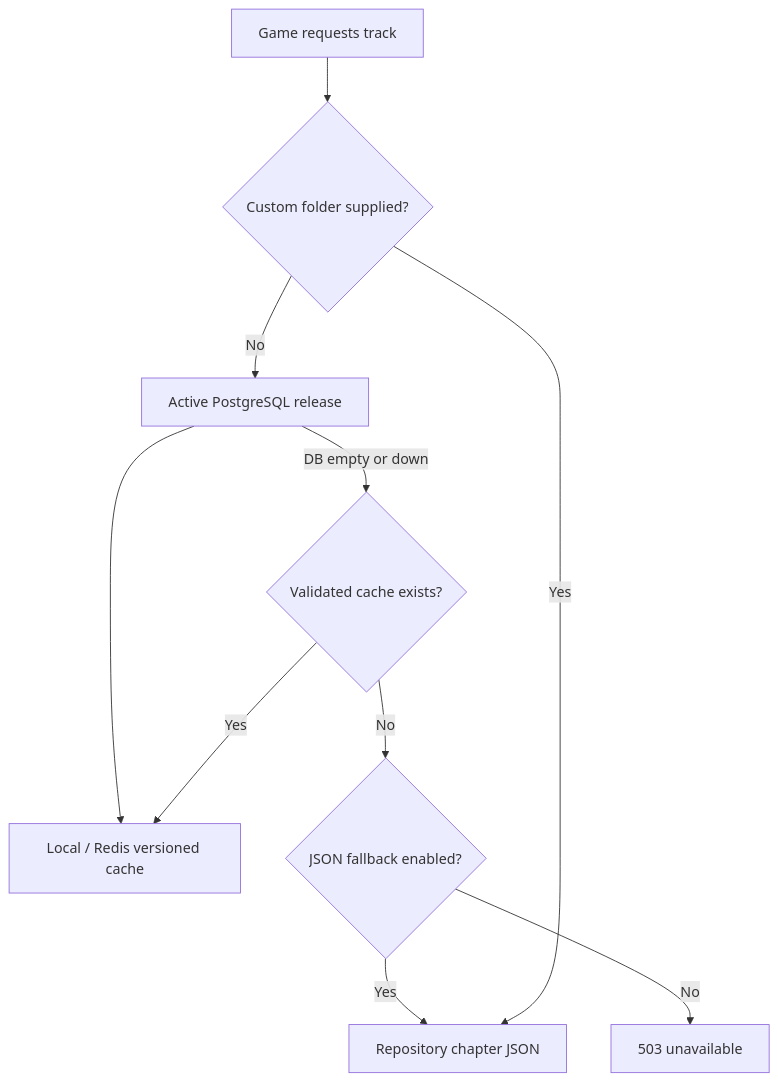
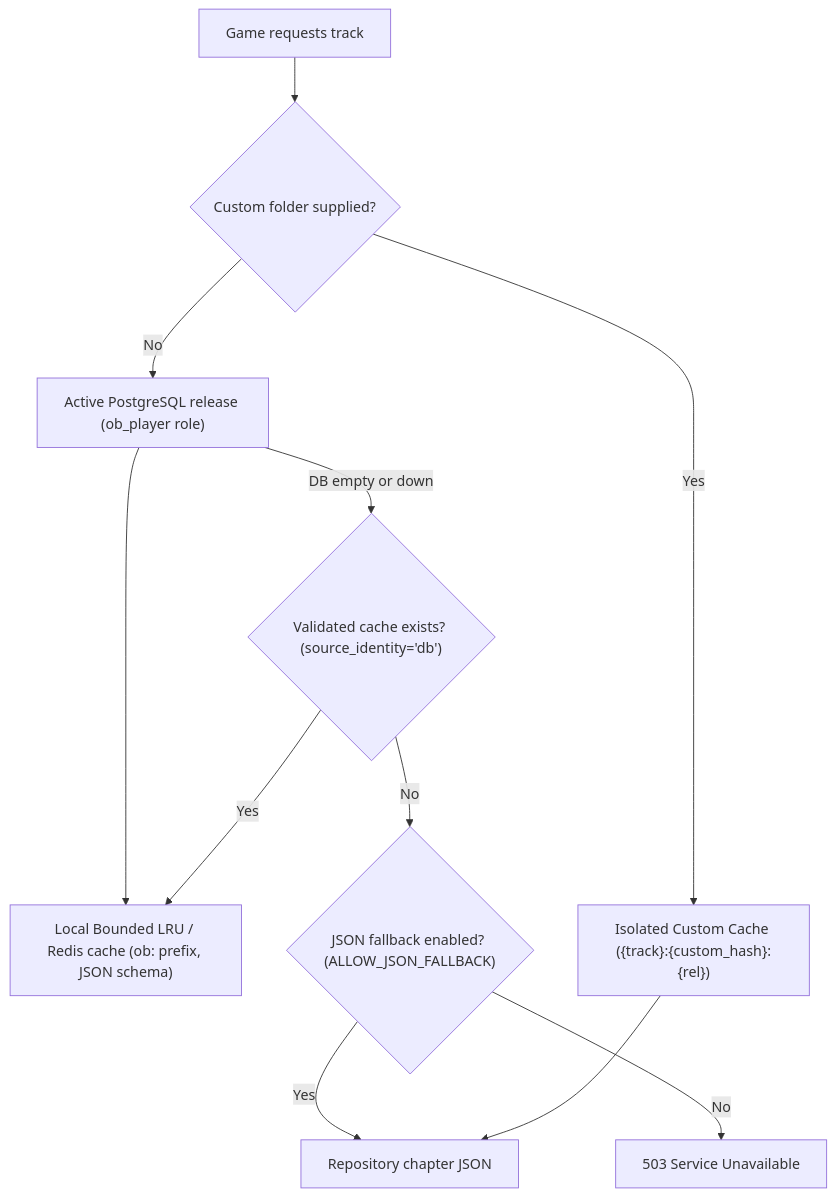
One commit to DKxi/OrganicBattlesProductionUpgrade changed the diagram in temp/OrganicBattles_Security_and_Vulnerability_Assessment.md. Above: the diagram before and after it, drawn with Mermaid. The commit also changed other lines of this file and 3 other files, not shown here.

Commit message:
docs(temp): mark action items as FIXED or TODO and update diagrams to latest architecture

````diff
--- a/temp/OrganicBattles_Security_and_Vulnerability_Assessment.md
+++ b/temp/OrganicBattles_Security_and_Vulnerability_Assessment.md
@@ -50,12 +50,13 @@
 ```mermaid
 flowchart TD
     A["Game requests track"] --> B{"Custom folder supplied?"}
-    B -- No --> C["Active PostgreSQL release"]
-    C --> D["Local / Redis versioned cache"]
-    C -- DB empty or down --> E{"Validated cache exists?"}
+    B -- No --> C["Active PostgreSQL release (ob_player role)"]
+    C --> D["Local Bounded LRU / Redis cache (ob: prefix, JSON schema)"]
+    C -- DB empty or down --> E{"Validated cache exists? (source_identity='db')"}
     E -- Yes --> D
-    E -- No --> F{"JSON fallback enabled?"}
+    E -- No --> F{"JSON fallback enabled? (ALLOW_JSON_FALLBACK)"}
     F -- Yes --> G["Repository chapter JSON"]
-    F -- No --> H["503 unavailable"]
-    B -- Yes --> G
+    F -- No --> H["503 Service Unavailable"]
+    B -- Yes --> I["Isolated Custom Cache ({track}:{custom_hash}:{rel})"]
+    I --> G
 ```
````
